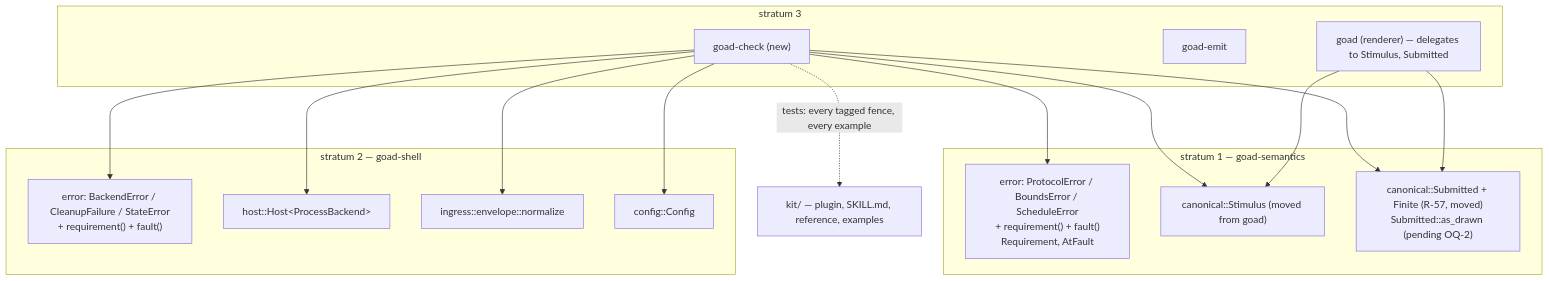
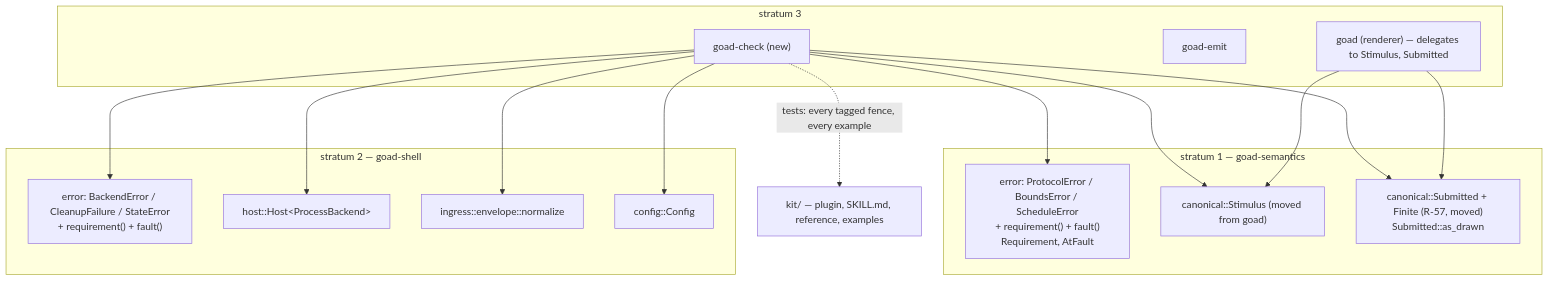
The first of 2 diagrams in docs/slices/012/design.md (davidlee/goad), drawn with Mermaid before and after one commit. The commit also changed other lines of this file and 4 other files, not shown here.

````diff
--- a/docs/slices/012/design.md
+++ b/docs/slices/012/design.md
@@ -124,23 +124,23 @@
 ```mermaid
 flowchart TB
   subgraph S1["stratum 1 — goad-semantics"]
     ERR1["error: ProtocolError / BoundsError / ScheduleError<br/>+ requirement() + fault()<br/>Requirement, AtFault"]
     STIM["canonical::Stimulus (moved from goad)"]
-    SUB["canonical::Submitted + Finite (R-57, moved)<br/>Submitted::as_drawn (pending OQ-2)"]
+    SUB["canonical::Submitted + Finite (R-57, moved)<br/>Submitted::as_drawn"]
   end
   subgraph S2["stratum 2 — goad-shell"]
     ERR2["error: BackendError / CleanupFailure / StateError<br/>+ requirement() + fault()"]
     HOST["host::Host&lt;ProcessBackend&gt;"]
     ENV["ingress::envelope::normalize"]
     CFG["config::Config"]
   end
   subgraph S3["stratum 3"]
     GOAD["goad (renderer) — delegates to Stimulus, Submitted"]
     EMIT["goad-emit"]
     CHECK["goad-check (new)"]
   end
   KIT["kit/ — plugin, SKILL.md, reference, examples"]
   CHECK --> HOST & ENV & CFG & STIM & SUB & ERR1 & ERR2
   GOAD --> STIM & SUB
   CHECK -. "tests: every tagged fence, every example" .-> KIT
 ```
````
